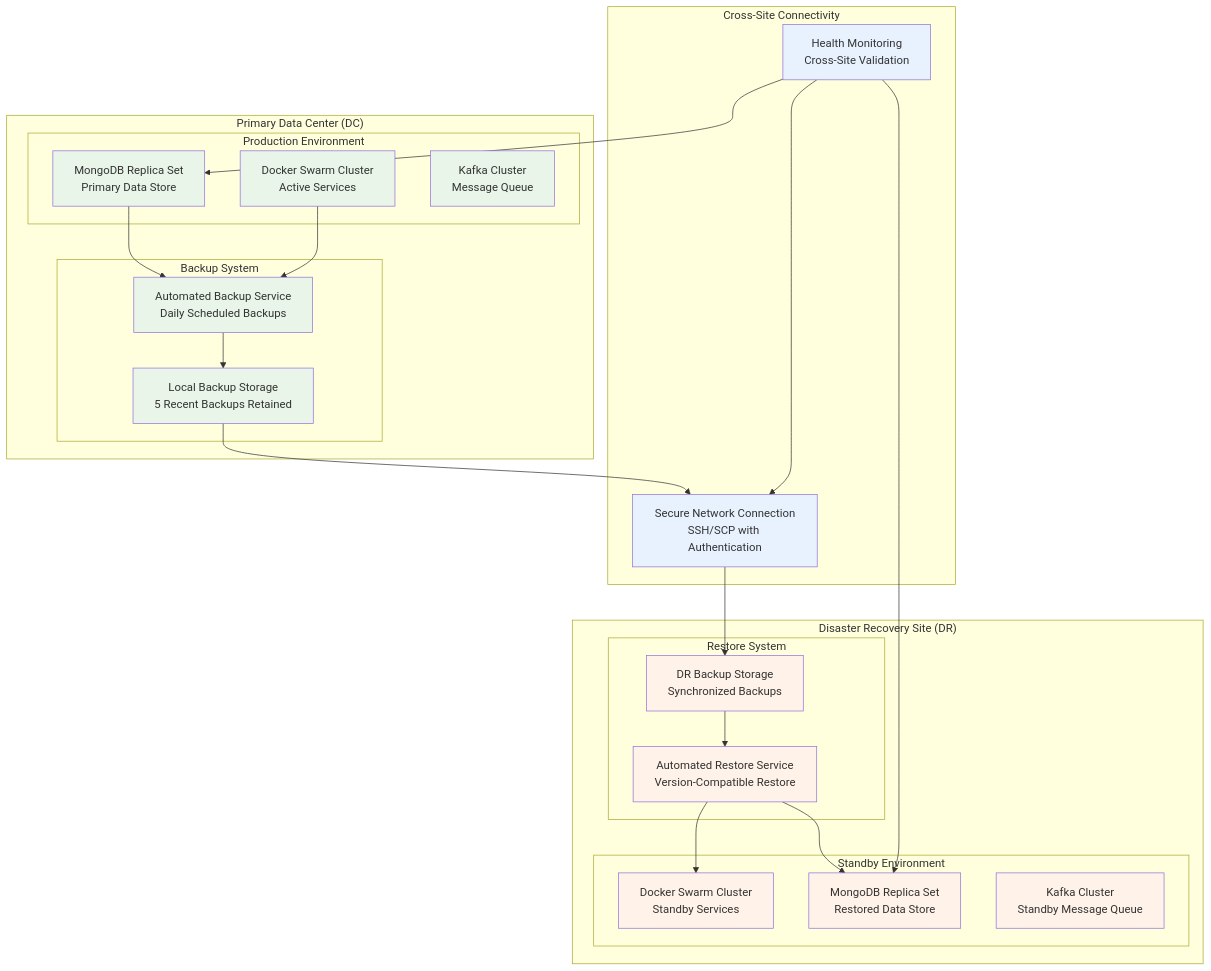
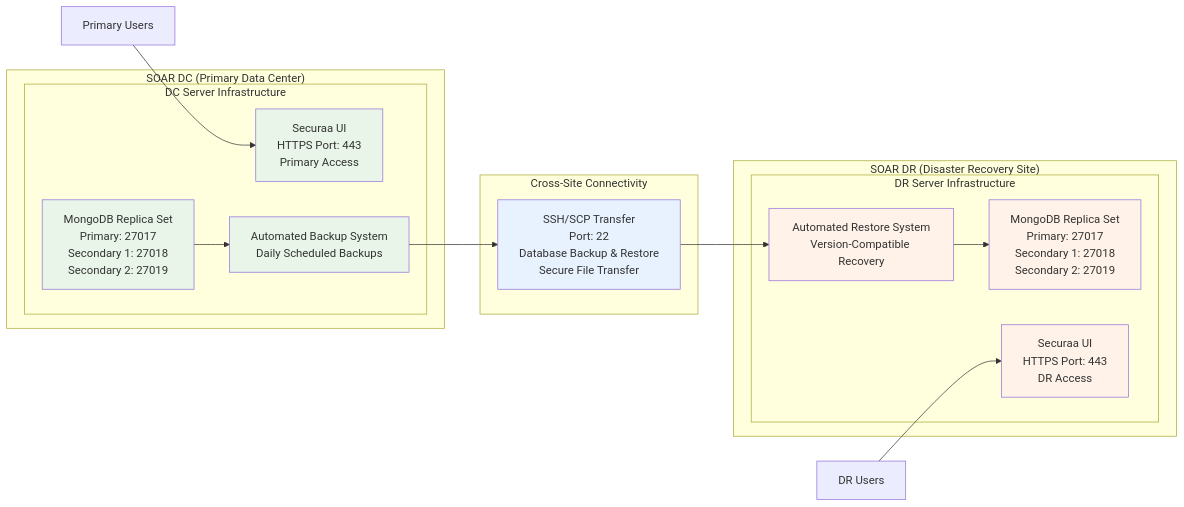
The third of 8 diagrams in HA_DR_Architecture_Documentation.md (Vishwa0220/customers-docs), drawn with Mermaid before and after one commit. The commit also changed other lines of this file, not shown here.

````diff
--- a/HA_DR_Architecture_Documentation.md
+++ b/HA_DR_Architecture_Documentation.md
@@ -248,61 +214,41 @@
 ```mermaid
-graph TB
-    subgraph "Primary Data Center (DC)"
-        subgraph "Production Environment"
-            DC_SWARM[Docker Swarm Cluster<br/>Active Services]
-            DC_MONGO[MongoDB Replica Set<br/>Primary Data Store]
-            DC_KAFKA[Kafka Cluster<br/>Message Queue]
-        end
-        
-        subgraph "Backup System"
-            BACKUP_SERVICE[Automated Backup Service<br/>Daily Scheduled Backups]
-            BACKUP_STORAGE[Local Backup Storage<br/>5 Recent Backups Retained]
-        end
-    end
-    
-    subgraph "Disaster Recovery Site (DR)"
-        subgraph "Standby Environment"
-            DR_SWARM[Docker Swarm Cluster<br/>Standby Services]
-            DR_MONGO[MongoDB Replica Set<br/>Restored Data Store]
-            DR_KAFKA[Kafka Cluster<br/>Standby Message Queue]
-        end
-        
-        subgraph "Restore System"
-            RESTORE_SERVICE[Automated Restore Service<br/>Version-Compatible Restore]
-            RESTORE_STORAGE[DR Backup Storage<br/>Synchronized Backups]
+graph LR
+    subgraph "SOAR DC (Primary Data Center)"
+        subgraph "DC Server Infrastructure"
+            DC_REPLICA[MongoDB Replica Set<br/>Primary: 27017<br/>Secondary 1: 27018<br/>Secondary 2: 27019]
+            DC_UI[Securaa UI<br/>HTTPS Port: 443<br/>Primary Access]
+            DC_BACKUP[Automated Backup System<br/>Daily Scheduled Backups]
         end
     end
     
     subgraph "Cross-Site Connectivity"
-        NETWORK[Secure Network Connection<br/>SSH/SCP with Authentication]
-        MONITORING[Health Monitoring<br/>Cross-Site Validation]
+        SSH_TRANSFER[SSH/SCP Transfer<br/>Port: 22<br/>Database Backup & Restore<br/>Secure File Transfer]
     end
     
-    %% Backup Flow
-    DC_MONGO --> BACKUP_SERVICE
-    DC_SWARM --> BACKUP_SERVICE
-    BACKUP_SERVICE --> BACKUP_STORAGE
-    BACKUP_STORAGE --> NETWORK
+    subgraph "SOAR DR (Disaster Recovery Site)"
+        subgraph "DR Server Infrastructure"
+            DR_REPLICA[MongoDB Replica Set<br/>Primary: 27017<br/>Secondary 1: 27018<br/>Secondary 2: 27019]
+            DR_UI[Securaa UI<br/>HTTPS Port: 443<br/>DR Access]
+            DR_RESTORE[Automated Restore System<br/>Version-Compatible Recovery]
+        end
+    end
     
-    %% Cross-Site Transfer
-    NETWORK --> RESTORE_STORAGE
-    RESTORE_STORAGE --> RESTORE_SERVICE
+    %% Cross-Site Data Flow
+    DC_REPLICA --> DC_BACKUP
+    DC_BACKUP --> SSH_TRANSFER
+    SSH_TRANSFER --> DR_RESTORE
+    DR_RESTORE --> DR_REPLICA
     
-    %% DR Restore Flow
-    RESTORE_SERVICE --> DR_MONGO
-    RESTORE_SERVICE --> DR_SWARM
-    
-    %% Monitoring
-    MONITORING --> DC_MONGO
-    MONITORING --> DR_MONGO
-    MONITORING --> NETWORK
+    %% User Access Points
+    USER1[Primary Users] --> DC_UI
+    USER2[DR Users] --> DR_UI
     
     %% Styling
     classDef dcSite fill:#e8f5e8
     classDef drSite fill:#fff2e8
-    classDef connectivity fill:#e8f2ff
+    classDef transfer fill:#e8f2ff
     
-    class DC_SWARM,DC_MONGO,DC_KAFKA,BACKUP_SERVICE,BACKUP_STORAGE dcSite
-    class DR_SWARM,DR_MONGO,DR_KAFKA,RESTORE_SERVICE,RESTORE_STORAGE drSite
-    class NETWORK,MONITORING connectivity
+    class DC_REPLICA,DC_UI,DC_BACKUP dcSite
+    class DR_REPLICA,DR_UI,DR_RESTORE drSite
+    class SSH_TRANSFER transfer
 ```
````
